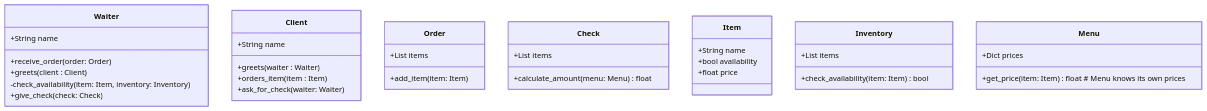
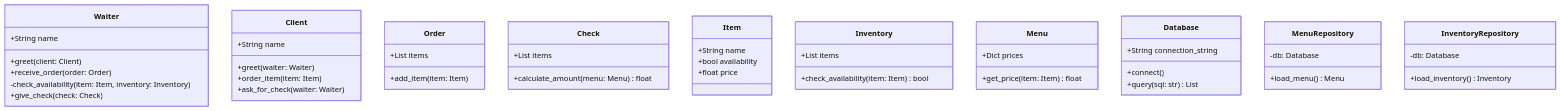
The diagram in docs/diagrams/class.mmd (pawelofficial/dbagent), drawn with Mermaid before and after one commit. The commit also changed 5 other files, not shown here.

```diff
--- a/docs/diagrams/class.mmd
+++ b/docs/diagrams/class.mmd
@@ -1,42 +1,57 @@
-
-classDiagram 
+classDiagram
     class Waiter {
         +String name
+        +greet(client: Client)
         +receive_order(order: Order)
-        +greets (client : Client)
         -check_availability(item: Item, inventory: Inventory)
-        +give_check( check: Check )
+        +give_check(check: Check)
     }
 
     class Client {
         +String name
-        +greets(waiter : Waiter)
-        +orders_item(item : Item )
-        +ask_for_check (waiter: Waiter)
+        +greet(waiter: Waiter)
+        +order_item(item: Item)
+        +ask_for_check(waiter: Waiter)
     }
 
     class Order {
         +List items
-        +add_item( item: Item)
+        +add_item(item: Item)
     }
 
     class Check {
-        +List items 
+        +List items
         +calculate_amount(menu: Menu) float
     }
 
     class Item {
         +String name
         +bool availability
         +float price
     }
 
     class Inventory {
         +List items
         +check_availability(item: Item) bool
     }
 
     class Menu {
         +Dict prices
-        +get_price(item: Item) float    # Menu knows its own prices
+        +get_price(item: Item) float
     }
+
+    class Database {
+        +String connection_string
+        +connect()
+        +query(sql: str) List
+    }
+    
+    class MenuRepository {
+        -db: Database
+        +load_menu() Menu
+    }
+    
+    class InventoryRepository {
+        -db: Database
+        +load_inventory() Inventory
+    }
```
